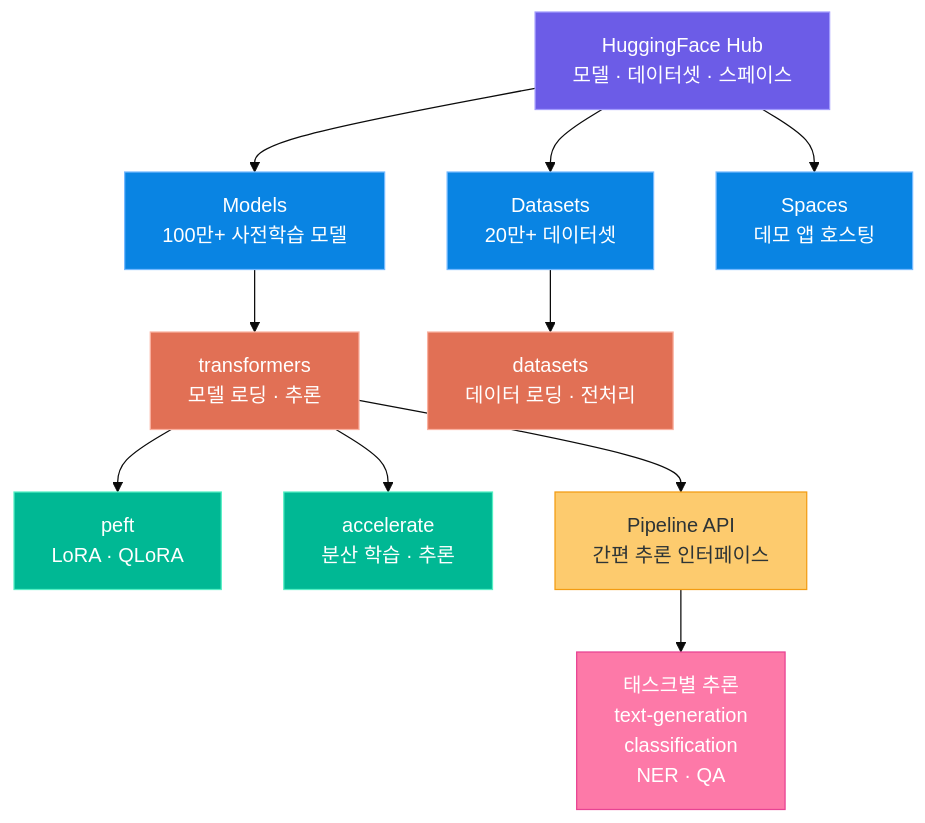
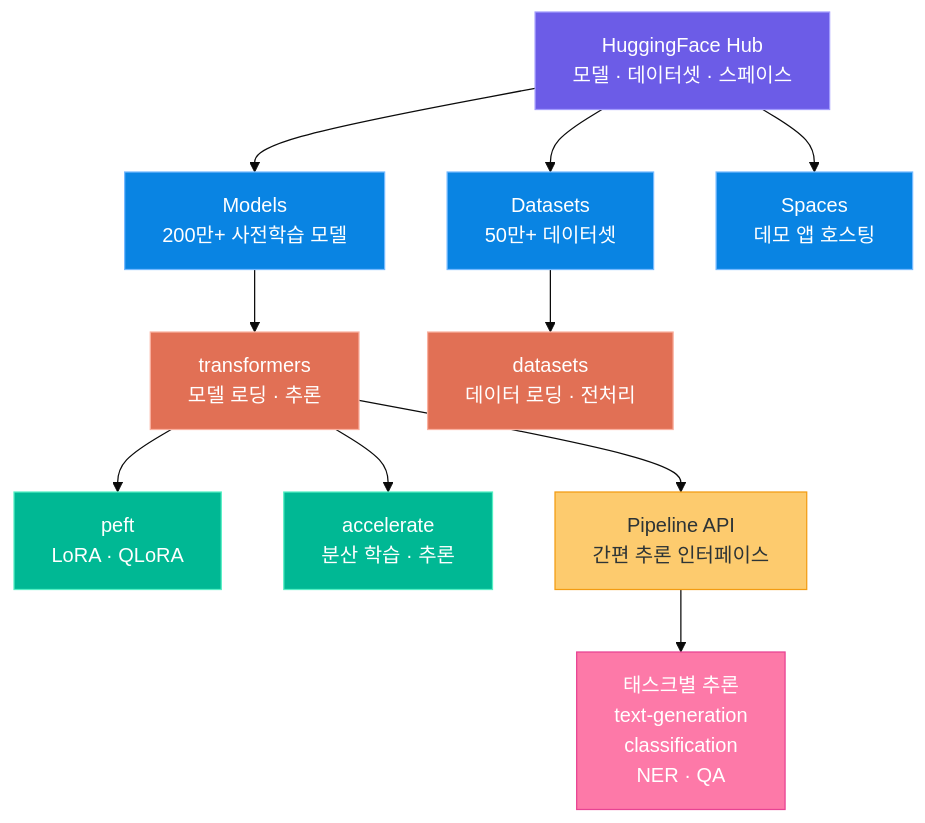
The first of 6 diagrams in 0.docs/05_genai_advanced/13_huggingface_local.md (lovehyun/tutorial-genai), drawn with Mermaid (base theme) before and after one commit. The commit also changed other lines of this file and 20 other files, not shown here.

````diff
--- a/0.docs/05_genai_advanced/13_huggingface_local.md
+++ b/0.docs/05_genai_advanced/13_huggingface_local.md
@@ -47,27 +47,27 @@
 ```mermaid
 flowchart TB
     Hub["HuggingFace Hub\n모델 · 데이터셋 · 스페이스"]
 
-    Hub --> Models["Models\n100만+ 사전학습 모델"]
-    Hub --> Datasets["Datasets\n20만+ 데이터셋"]
+    Hub --> Models["Models\n200만+ 사전학습 모델"]
+    Hub --> Datasets["Datasets\n50만+ 데이터셋"]
     Hub --> Spaces["Spaces\n데모 앱 호스팅"]
 
     Models --> TF["transformers\n모델 로딩 · 추론"]
     Datasets --> DS["datasets\n데이터 로딩 · 전처리"]
     TF --> PEFT["peft\nLoRA · QLoRA"]
     TF --> ACC["accelerate\n분산 학습 · 추론"]
     TF --> Pipeline["Pipeline API\n간편 추론 인터페이스"]
 
     Pipeline --> Tasks["태스크별 추론\ntext-generation\nclassification\nNER · QA"]
 
     style Hub fill:#6c5ce7,stroke:#a29bfe,color:#fff
     style Models fill:#0984e3,stroke:#74b9ff,color:#fff
     style Datasets fill:#0984e3,stroke:#74b9ff,color:#fff
     style Spaces fill:#0984e3,stroke:#74b9ff,color:#fff
     style TF fill:#e17055,stroke:#fab1a0,color:#fff
     style DS fill:#e17055,stroke:#fab1a0,color:#fff
     style PEFT fill:#00b894,stroke:#55efc4,color:#fff
     style ACC fill:#00b894,stroke:#55efc4,color:#fff
     style Pipeline fill:#fdcb6e,stroke:#f39c12,color:#2d3436
     style Tasks fill:#fd79a8,stroke:#e84393,color:#fff
 ```
````
